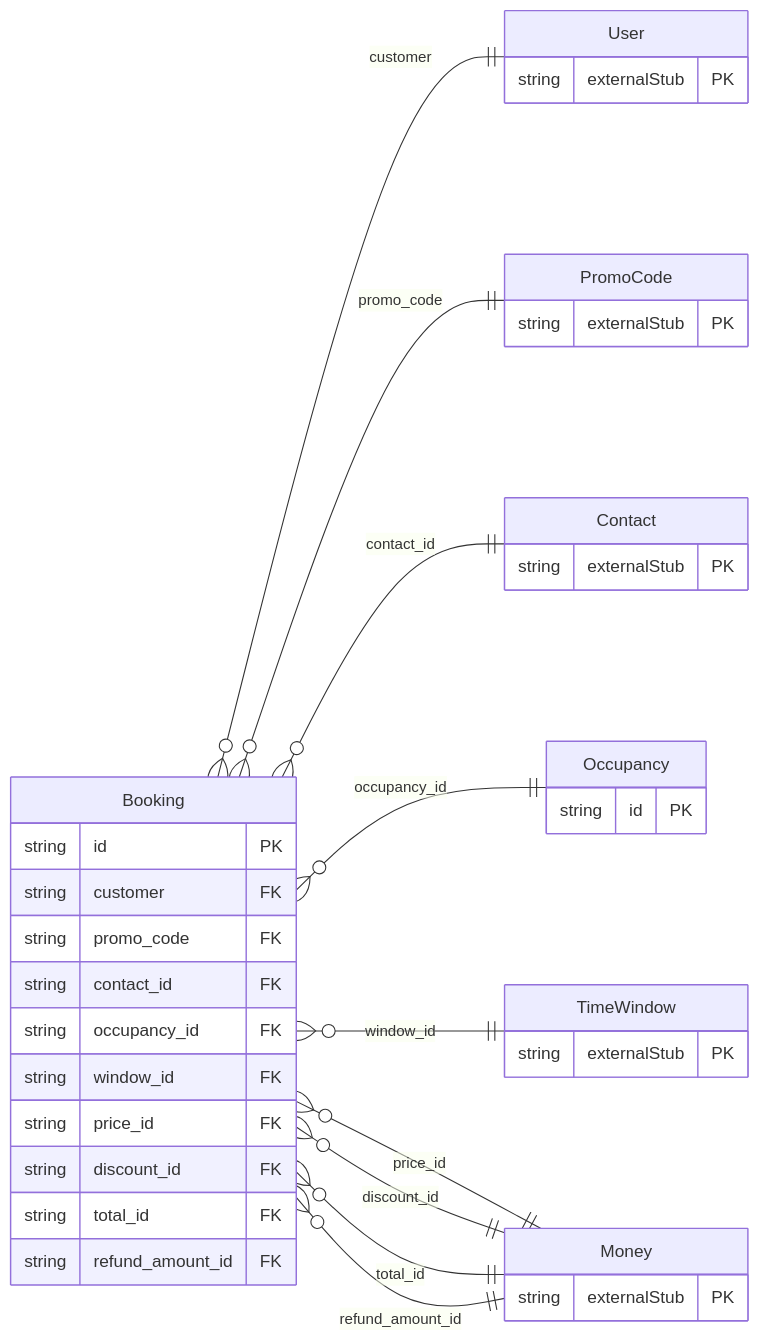
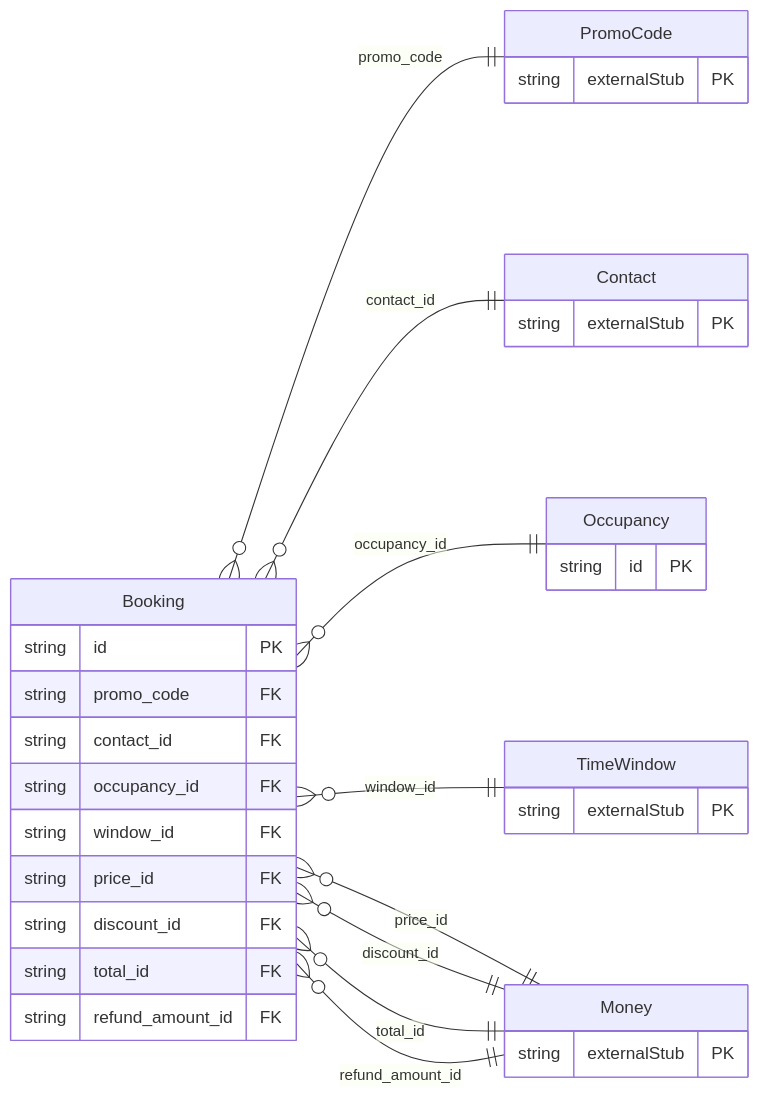
The diagram in protobuf/generated/prisma/freebusy/scheduling/README.md (build-a-company/freebusy), drawn with Mermaid before and after one commit. The commit also changed 353 other files, not shown here.

First line of the commit message:
Refactor: Remove identity and organisation schemas

````diff
--- a/protobuf/generated/prisma/freebusy/scheduling/README.md
+++ b/protobuf/generated/prisma/freebusy/scheduling/README.md
@@ -13,43 +13,38 @@
 ```mermaid
 erDiagram
     direction LR
     Booking {
         string id PK
-        string customer FK
         string promo_code FK
         string contact_id FK
         string occupancy_id FK
         string window_id FK
         string price_id FK
         string discount_id FK
         string total_id FK
         string refund_amount_id FK
     }
     Occupancy {
         string id PK
     }
     Contact {
         string externalStub PK
     }
     Money {
         string externalStub PK
     }
     PromoCode {
         string externalStub PK
     }
     TimeWindow {
         string externalStub PK
     }
-    User {
-        string externalStub PK
-    }
-    Booking }o--|| User : "customer"
     Booking }o--|| PromoCode : "promo_code"
     Booking }o--|| Contact : "contact_id"
     Booking }o--|| Occupancy : "occupancy_id"
     Booking }o--|| TimeWindow : "window_id"
     Booking }o--|| Money : "price_id"
     Booking }o--|| Money : "discount_id"
     Booking }o--|| Money : "total_id"
     Booking }o--|| Money : "refund_amount_id"
 ```
````
